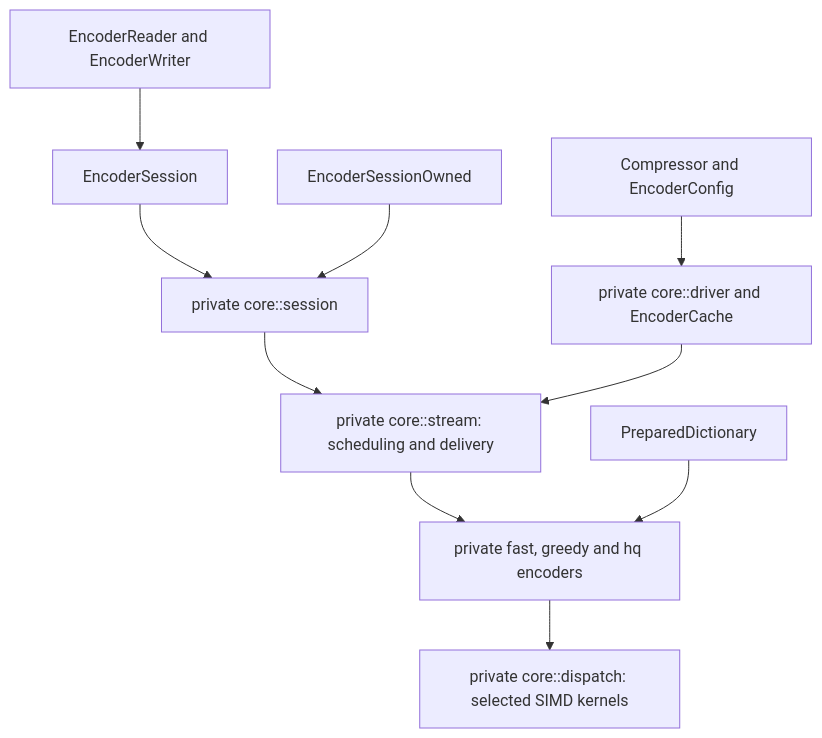
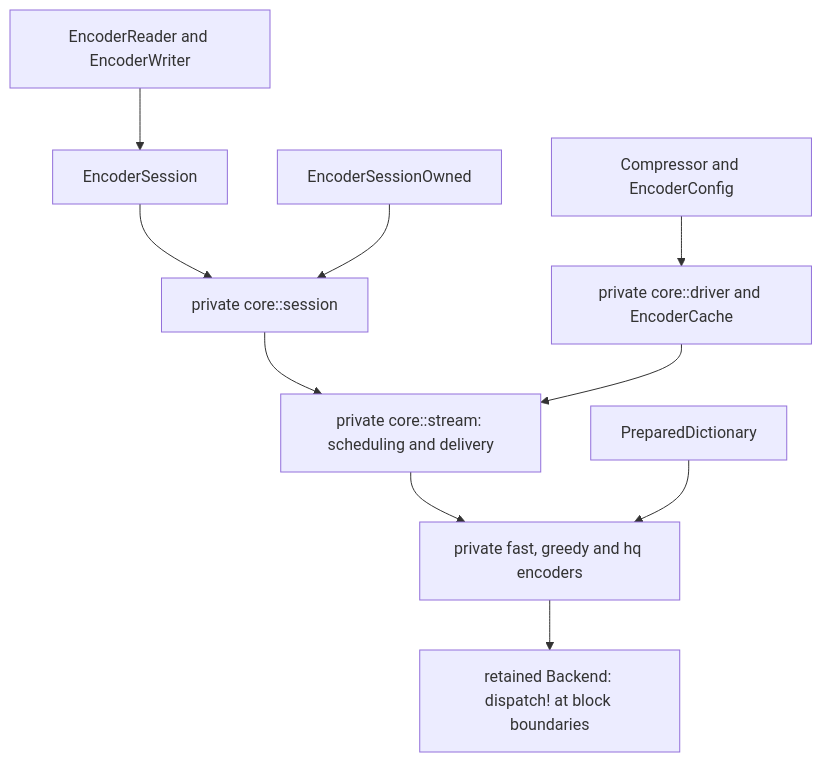
Before and after one commit to M-Compressors/mbrotli: the first of 6 diagrams in architecture/compressor.md, drawn with Mermaid. The commit also changed other lines of this file and 22 other files, not shown here.

````diff
--- a/architecture/compressor.md
+++ b/architecture/compressor.md
@@ -9,12 +9,12 @@
 ```mermaid
 graph TD
     API[Compressor and EncoderConfig] --> Driver[private core::driver and EncoderCache]
     Session[EncoderSession] --> Core[private core::session]
     Owned[EncoderSessionOwned] --> Core
     IO[EncoderReader and EncoderWriter] --> Session
     Core --> Stream[private core::stream: scheduling and delivery]
     Driver --> Stream
     Stream --> Encoders[private fast, greedy and hq encoders]
-    Encoders --> Kernels[private core::dispatch: selected SIMD kernels]
+    Encoders --> Dispatch[retained Backend: dispatch! at block boundaries]
     Dict[PreparedDictionary] --> Encoders
 ```
````
